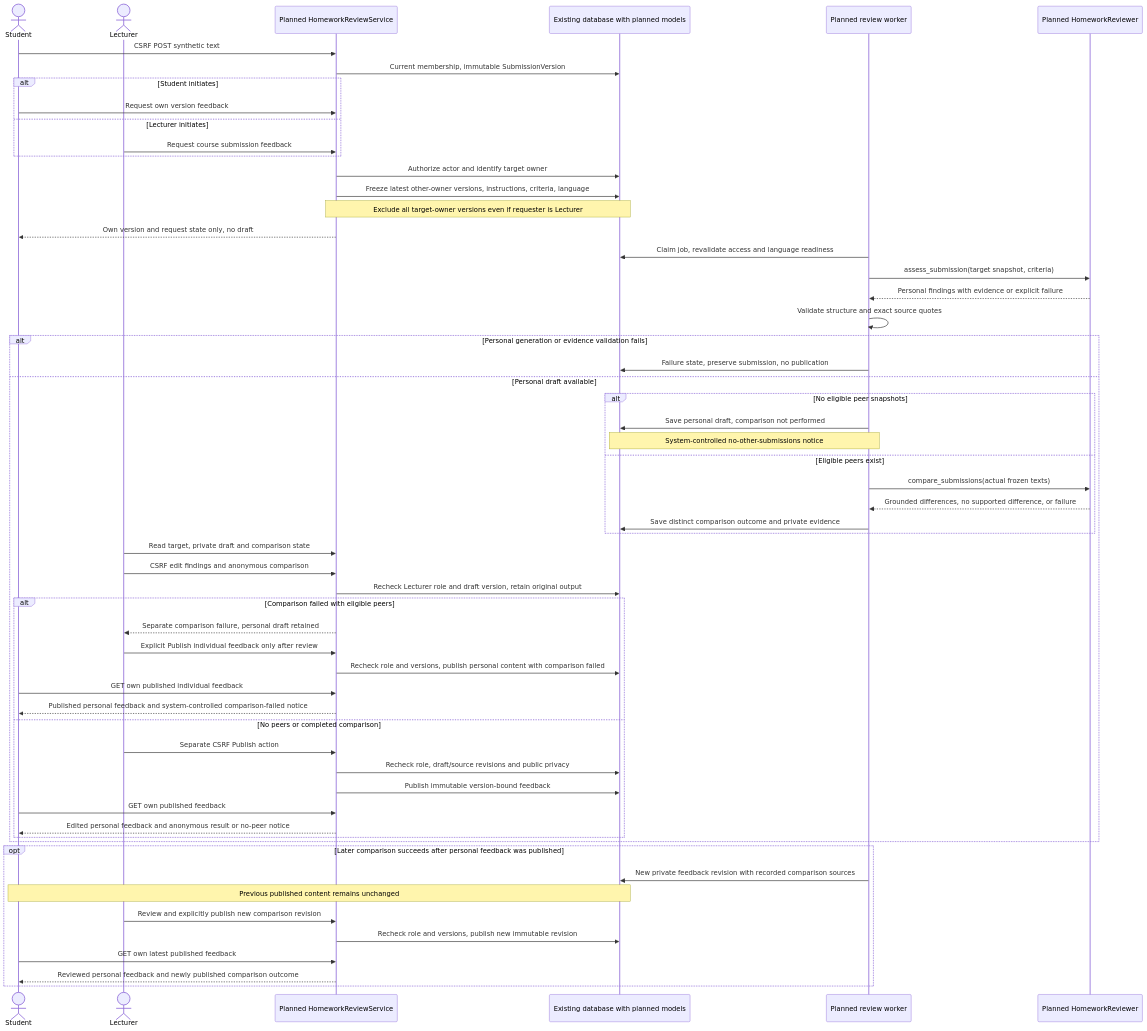
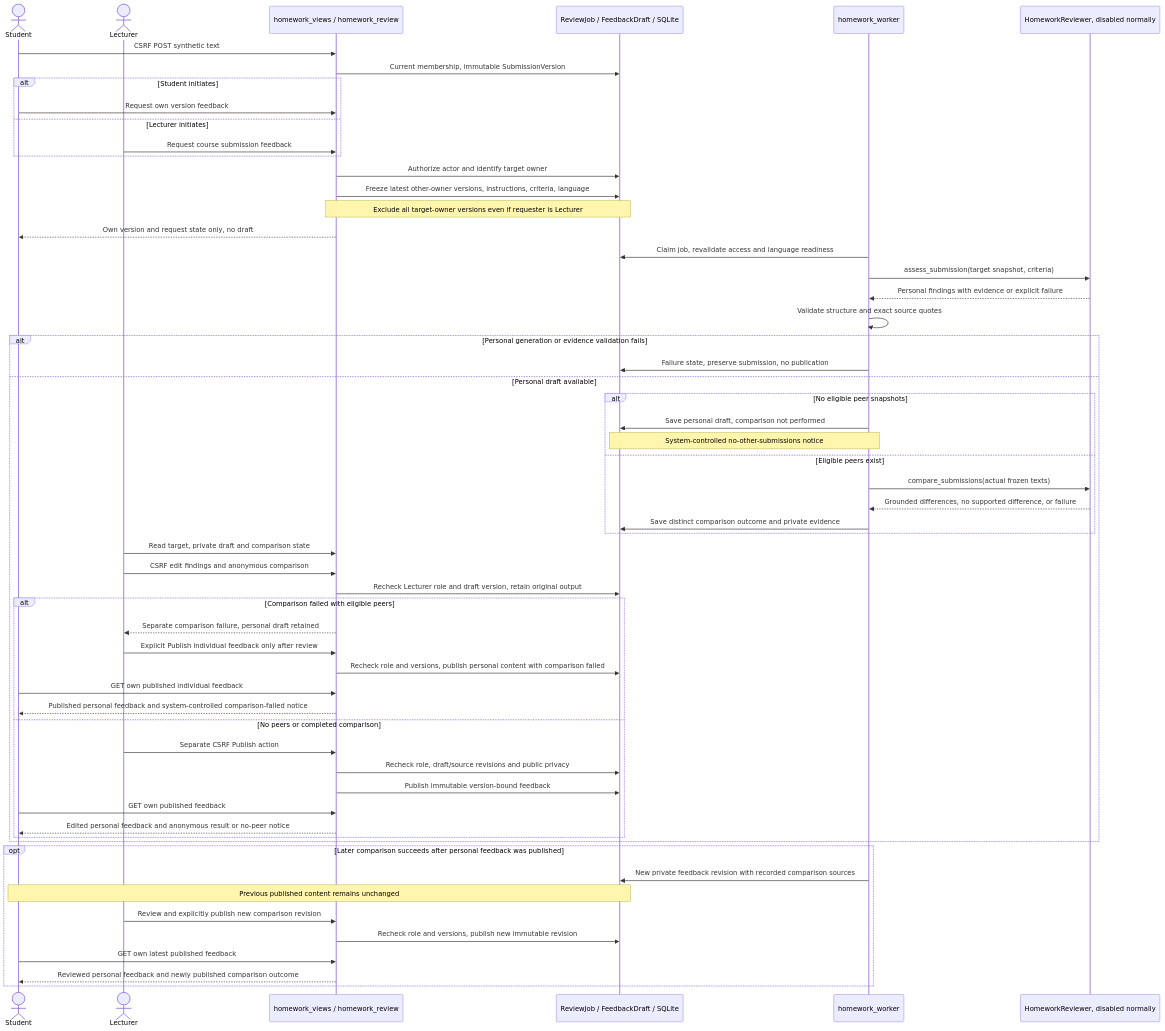
One commit to itavs/TeachingTool-Ex2 changed the sixth of 6 diagrams in docs/architecture.md. Above: the diagram before and after it, drawn with Mermaid. The commit also changed other lines of this file and 18 other files, not shown here.

Commit message:
Implement version-specific homework feedback review and publication

````diff
--- a/docs/architecture.md
+++ b/docs/architecture.md
@@ -476,60 +493,60 @@
 ```mermaid
 sequenceDiagram
     actor S as Student
     actor L as Lecturer
-    participant V as Planned HomeworkReviewService
-    participant DB as Existing database with planned models
-    participant W as Planned review worker
-    participant AI as Planned HomeworkReviewer
+    participant V as homework_views / homework_review
+    participant DB as ReviewJob / FeedbackDraft / SQLite
+    participant W as homework_worker
+    participant AI as HomeworkReviewer, disabled normally
     S->>V: CSRF POST synthetic text
     V->>DB: Current membership, immutable SubmissionVersion
     alt Student initiates
         S->>V: Request own version feedback
     else Lecturer initiates
         L->>V: Request course submission feedback
     end
     V->>DB: Authorize actor and identify target owner
     V->>DB: Freeze latest other-owner versions, instructions, criteria, language
     Note over V,DB: Exclude all target-owner versions even if requester is Lecturer
     V-->>S: Own version and request state only, no draft
     W->>DB: Claim job, revalidate access and language readiness
     W->>AI: assess_submission(target snapshot, criteria)
     AI-->>W: Personal findings with evidence or explicit failure
     W->>W: Validate structure and exact source quotes
     alt Personal generation or evidence validation fails
         W->>DB: Failure state, preserve submission, no publication
     else Personal draft available
         alt No eligible peer snapshots
             W->>DB: Save personal draft, comparison not performed
             Note over W,DB: System-controlled no-other-submissions notice
         else Eligible peers exist
             W->>AI: compare_submissions(actual frozen texts)
             AI-->>W: Grounded differences, no supported difference, or failure
             W->>DB: Save distinct comparison outcome and private evidence
         end
         L->>V: Read target, private draft and comparison state
         L->>V: CSRF edit findings and anonymous comparison
         V->>DB: Recheck Lecturer role and draft version, retain original output
         alt Comparison failed with eligible peers
             V-->>L: Separate comparison failure, personal draft retained
             L->>V: Explicit Publish individual feedback only after review
             V->>DB: Recheck role and versions, publish personal content with comparison failed
             S->>V: GET own published individual feedback
             V-->>S: Published personal feedback and system-controlled comparison-failed notice
         else No peers or completed comparison
             L->>V: Separate CSRF Publish action
             V->>DB: Recheck role, draft/source revisions and public privacy
             V->>DB: Publish immutable version-bound feedback
             S->>V: GET own published feedback
             V-->>S: Edited personal feedback and anonymous result or no-peer notice
         end
     end
     opt Later comparison succeeds after personal feedback was published
         W->>DB: New private feedback revision with recorded comparison sources
         Note over S,DB: Previous published content remains unchanged
         L->>V: Review and explicitly publish new comparison revision
         V->>DB: Recheck role and versions, publish new immutable revision
         S->>V: GET own latest published feedback
         V-->>S: Reviewed personal feedback and newly published comparison outcome
     end
 ```
````
